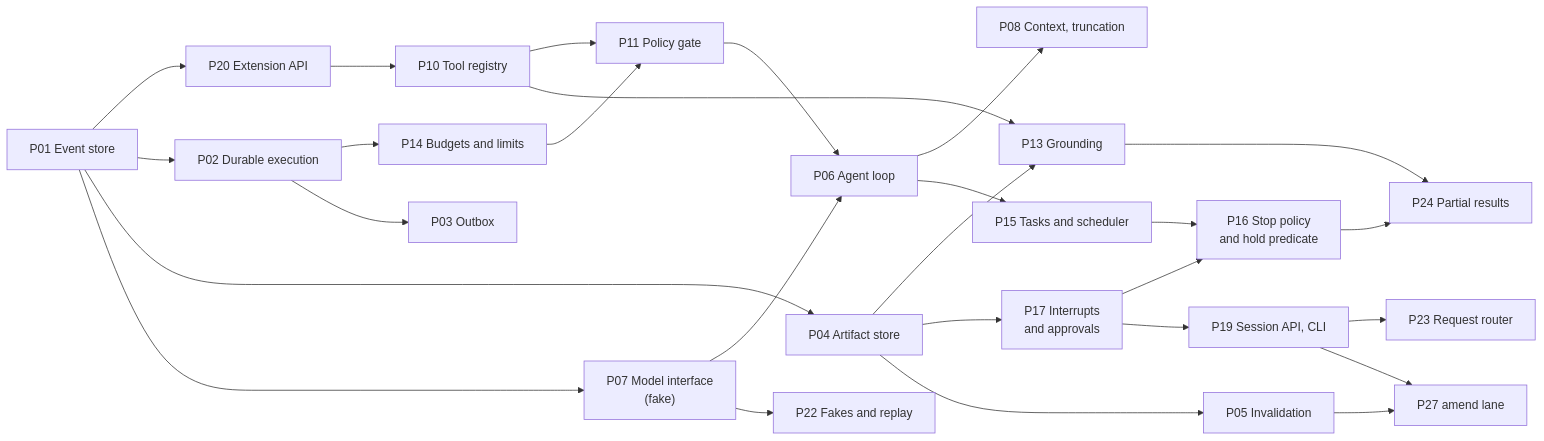
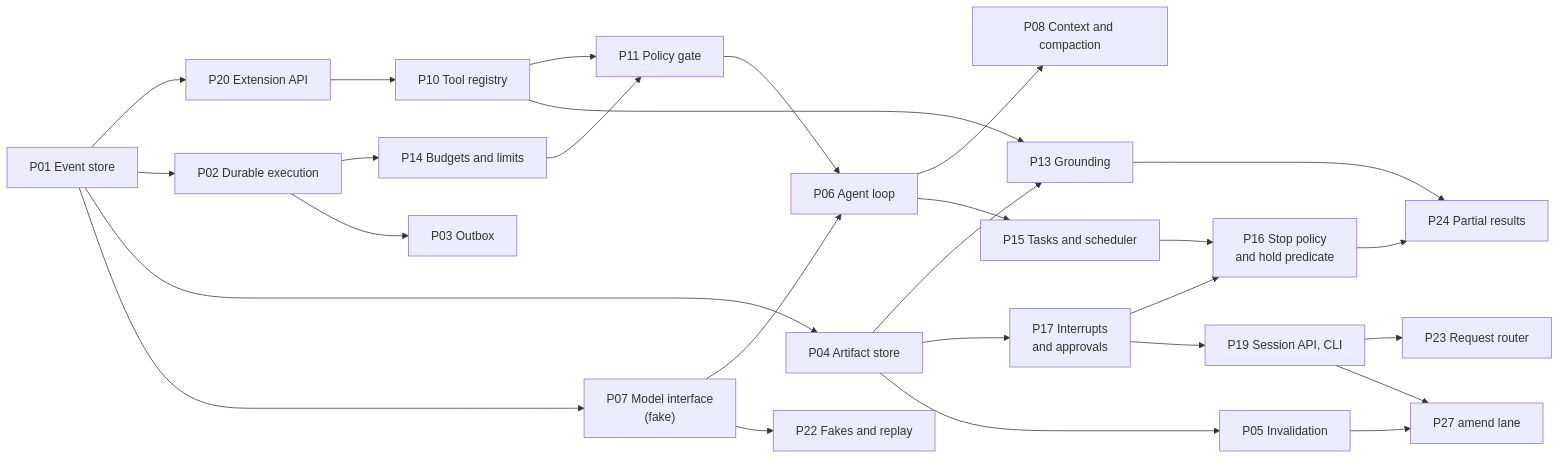
Before and after one commit to SaiiPittu/aksha: the diagram in docs/design/03-primitives.md, drawn with Mermaid. The commit also changed other lines of this file and 10 other files, not shown here.

````diff
--- a/docs/design/03-primitives.md
+++ b/docs/design/03-primitives.md
@@ -96,29 +98,29 @@
 ```mermaid
 flowchart LR
   P01["P01 Event store"] --> P20["P20 Extension API"]
   P01 --> P02["P02 Durable execution"]
   P20 --> P10["P10 Tool registry"]
   P01 --> P04["P04 Artifact store"]
   P10 --> P11["P11 Policy gate"]
   P02 --> P14["P14 Budgets and limits"]
   P14 --> P11
   P04 --> P13["P13 Grounding"]
   P10 --> P13
   P01 --> P07["P07 Model interface<br/>(fake)"]
   P07 --> P06["P06 Agent loop"]
   P11 --> P06
-  P06 --> P08["P08 Context, truncation"]
+  P06 --> P08["P08 Context and compaction"]
   P06 --> P15["P15 Tasks and scheduler"]
   P04 --> P17["P17 Interrupts<br/>and approvals"]
   P15 --> P16["P16 Stop policy<br/>and hold predicate"]
   P17 --> P16
   P16 --> P24["P24 Partial results"]
   P13 --> P24
   P17 --> P19["P19 Session API, CLI"]
   P19 --> P23["P23 Request router"]
   P02 --> P03["P03 Outbox"]
   P04 --> P05["P05 Invalidation"]
   P05 --> P27["P27 amend lane"]
   P19 --> P27
   P07 --> P22["P22 Fakes and replay"]
 ```
````
